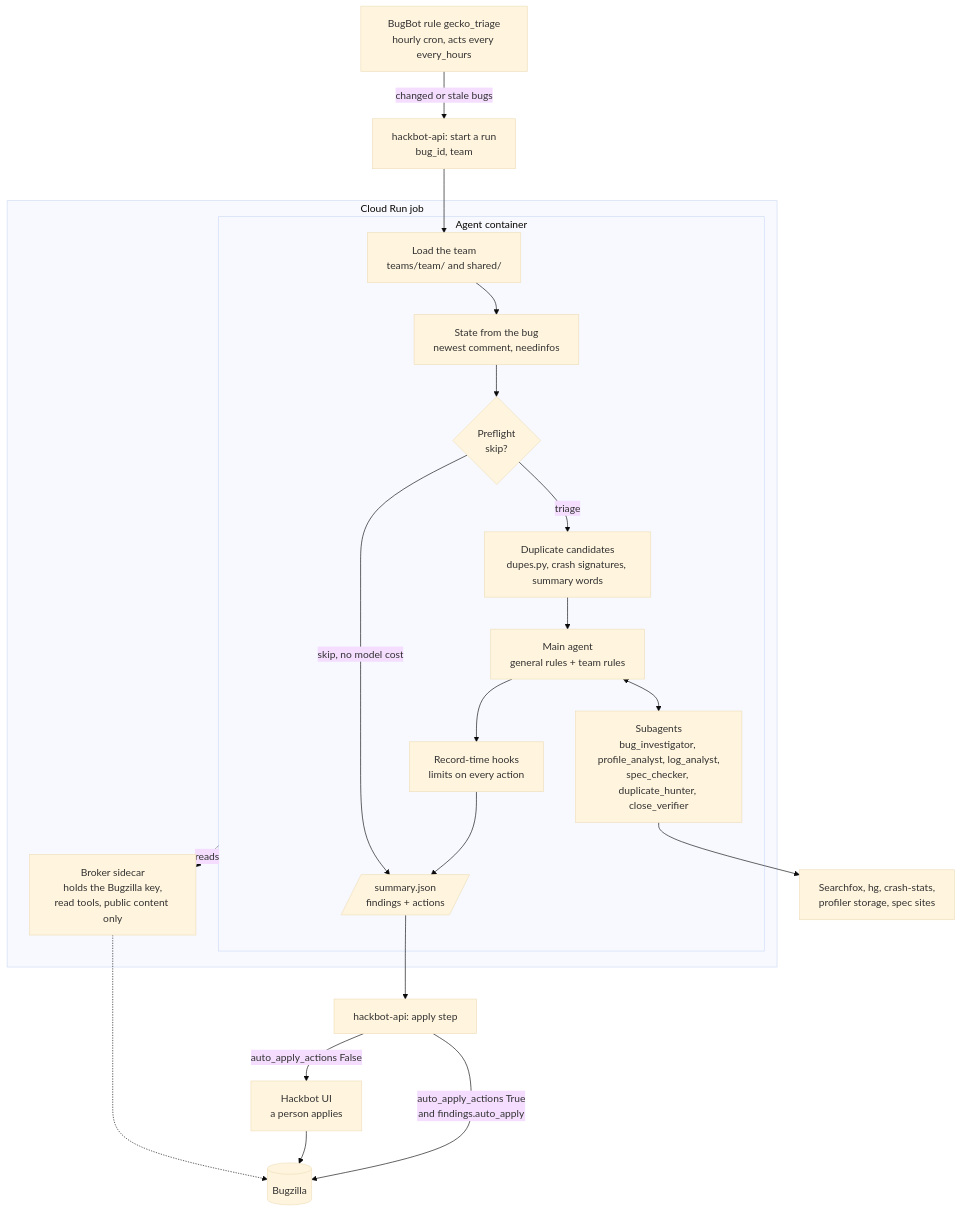
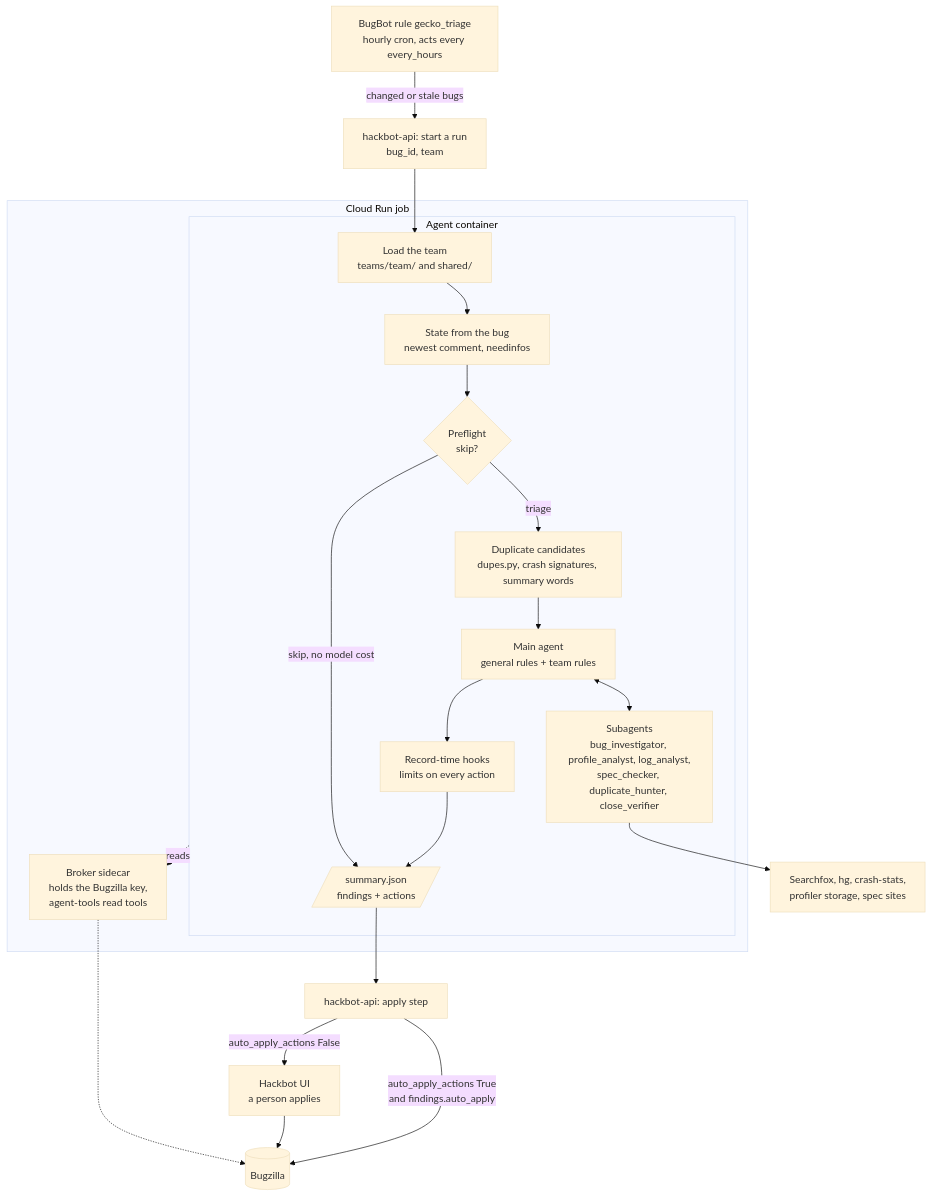
The diagram in agents/gecko-triage/README.md (alastor0325/bugbug), drawn with Mermaid (base theme) before and after one commit. The commit also changed other lines of this file and 5 other files, not shown here.

First line of the commit message:
Serve the agent-tools Bugzilla tools in the gecko-triage broker, with no filter

````diff
--- a/agents/gecko-triage/README.md
+++ b/agents/gecko-triage/README.md
@@ -44,35 +44,35 @@
 ```mermaid
 flowchart TD
     cron["BugBot rule gecko_triage<br/>hourly cron, acts every every_hours"]
     start["hackbot-api: start a run<br/>bug_id, team"]
 
     subgraph job["Cloud Run job"]
         subgraph agent["Agent container"]
             load["Load the team<br/>teams/team/ and shared/"]
             state["State from the bug<br/>newest comment, needinfos"]
             pre{"Preflight<br/>skip?"}
             dupes["Duplicate candidates<br/>dupes.py, crash signatures, summary words"]
             model["Main agent<br/>general rules + team rules"]
             subs["Subagents<br/>bug_investigator, profile_analyst, log_analyst,<br/>spec_checker, duplicate_hunter, close_verifier"]
             hooks["Record-time hooks<br/>limits on every action"]
             summary[/"summary.json<br/>findings + actions"/]
         end
-        broker["Broker sidecar<br/>holds the Bugzilla key,<br/>read tools, public content only"]
+        broker["Broker sidecar<br/>holds the Bugzilla key,<br/>agent-tools read tools"]
     end
 
     ext["Searchfox, hg, crash-stats,<br/>profiler storage, spec sites"]
     apply["hackbot-api: apply step"]
     ui["Hackbot UI<br/>a person applies"]
     bz[("Bugzilla")]
 
     cron -->|changed or stale bugs| start --> load
     load --> state --> pre
     pre -->|skip, no model cost| summary
     pre -->|triage| dupes --> model
     model <--> subs --> ext
     model --> hooks --> summary
     agent -.->|reads| broker -.-> bz
     summary --> apply
     apply -->|auto_apply_actions False| ui --> bz
     apply -->|"auto_apply_actions True<br/>and findings.auto_apply"| bz
 ```
````
